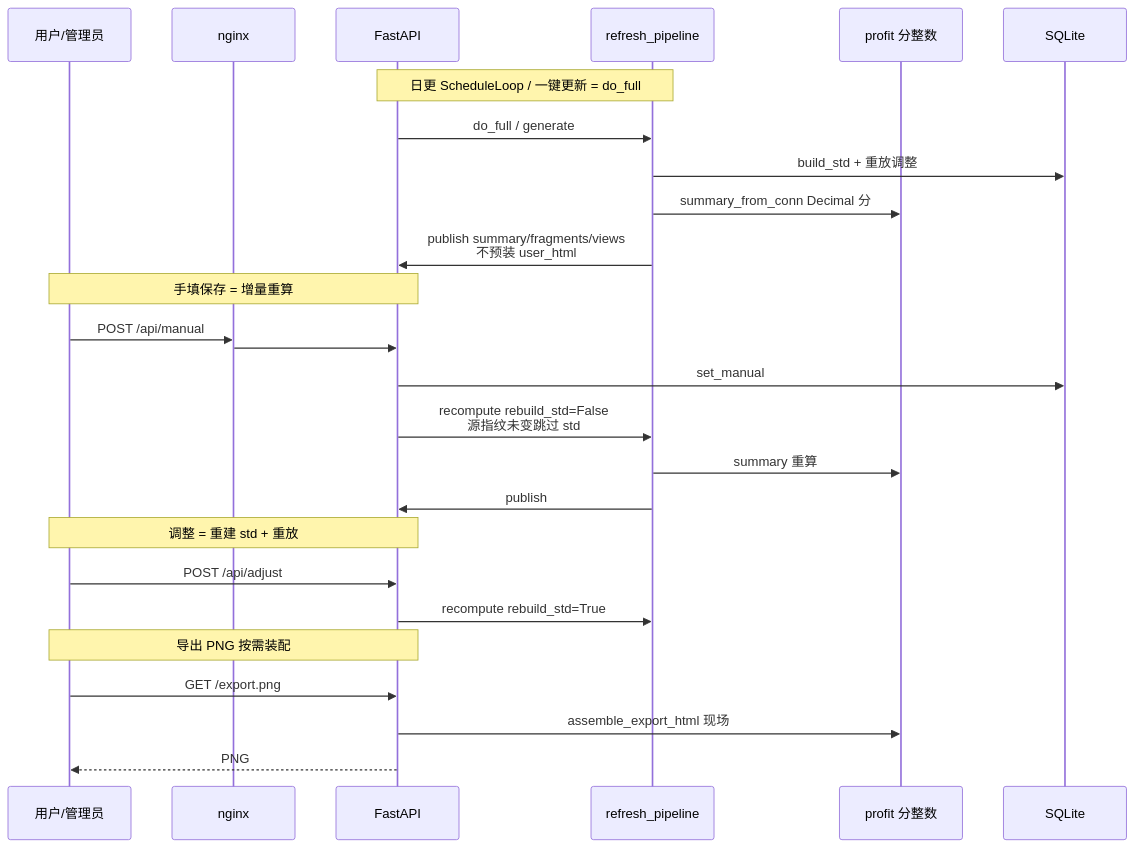
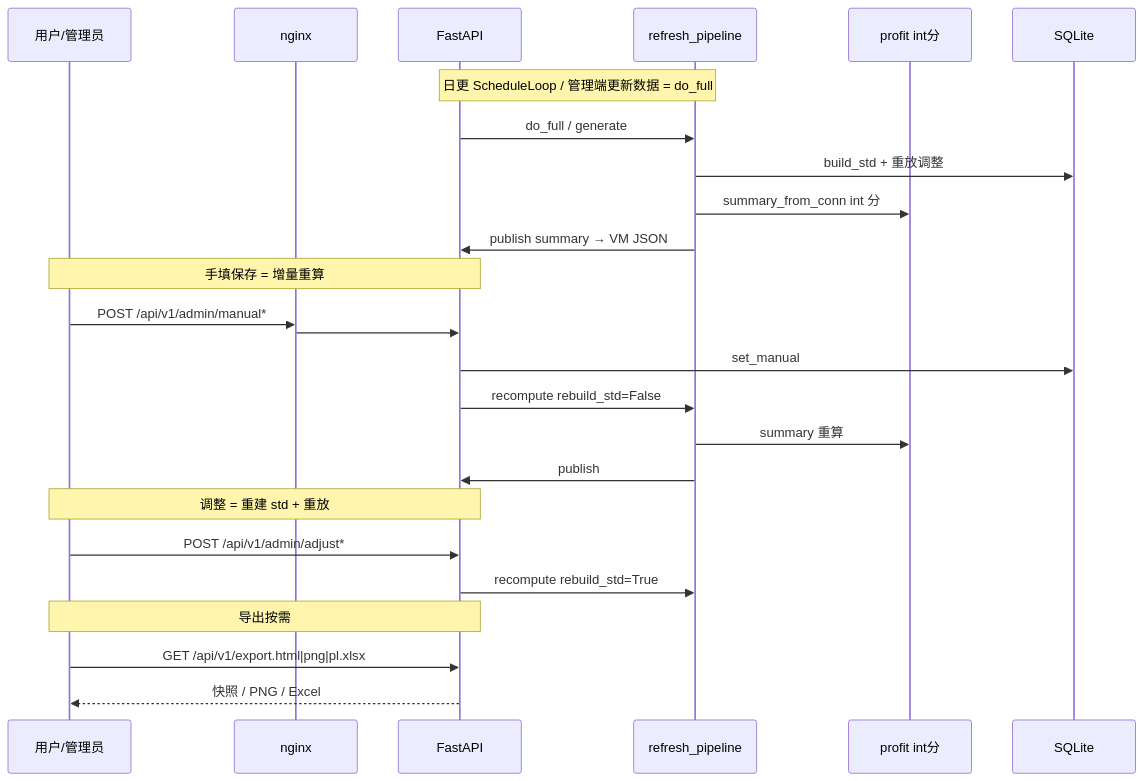
One commit to EvanLee2004/BI changed the diagram in docs/设计图/03_详细设计_关键流程时序图.mmd. Above: the diagram before and after it, drawn with Mermaid. The commit also changed 61 other files, not shown here.

First line of the commit message:
docs(3.7.7): 全量对齐现网文档与配图

```diff
--- a/docs/设计图/03_详细设计_关键流程时序图.mmd
+++ b/docs/设计图/03_详细设计_关键流程时序图.mmd
@@ -1,31 +1,30 @@
-%% 关键流程时序 v2.2.0 · stage66
+%% 关键流程时序 · VERSION 3.7.7 · 2026-08-03
 sequenceDiagram
   participant U as 用户/管理员
   participant N as nginx
   participant A as FastAPI
   participant R as refresh_pipeline
-  participant P as profit 分整数
+  participant P as profit int分
   participant D as SQLite
 
-  Note over A,R: 日更 ScheduleLoop / 一键更新 = do_full
+  Note over A,R: 日更 ScheduleLoop / 管理端更新数据 = do_full
   A->>R: do_full / generate
   R->>D: build_std + 重放调整
-  R->>P: summary_from_conn Decimal 分
-  R->>A: publish summary/fragments/views<br/>不预装 user_html
+  R->>P: summary_from_conn int 分
+  R->>A: publish summary → VM JSON
 
   Note over U,A: 手填保存 = 增量重算
-  U->>N: POST /api/manual
+  U->>N: POST /api/v1/admin/manual*
   N->>A: 
   A->>D: set_manual
-  A->>R: recompute rebuild_std=False<br/>源指纹未变跳过 std
+  A->>R: recompute rebuild_std=False
   R->>P: summary 重算
   R->>A: publish
 
   Note over U,A: 调整 = 重建 std + 重放
-  U->>A: POST /api/adjust
+  U->>A: POST /api/v1/admin/adjust*
   A->>R: recompute rebuild_std=True
 
-  Note over U,A: 导出 PNG 按需装配
-  U->>A: GET /export.png
-  A->>P: assemble_export_html 现场
-  A-->>U: PNG
+  Note over U,A: 导出按需
+  U->>A: GET /api/v1/export.html|png|pl.xlsx
+  A-->>U: 快照 / PNG / Excel
```
